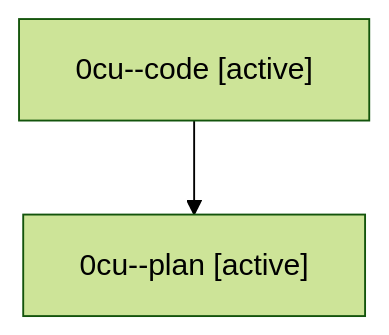
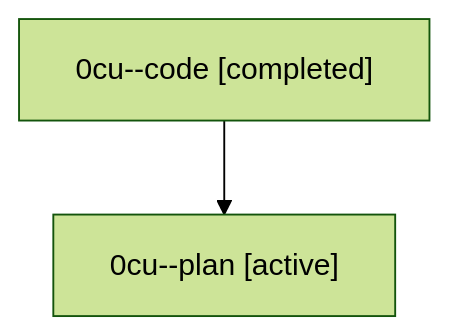
Before and after one commit to sase-org/sase--agents: the diagram in families/bbugyi200.athena.0cu.md, drawn with Mermaid (forest theme). The commit also changed other lines of this file and 35830 other files, not shown here.

````diff
--- a/families/bbugyi200.athena.0cu.md
+++ b/families/bbugyi200.athena.0cu.md
@@ -9,6 +9,6 @@
 ```mermaid
 flowchart TD
-  n0["0cu--code [active]"]
+  n0["0cu--code [completed]"]
   n1["0cu--plan [active]"]
   n0 --> n1
 ```
````
